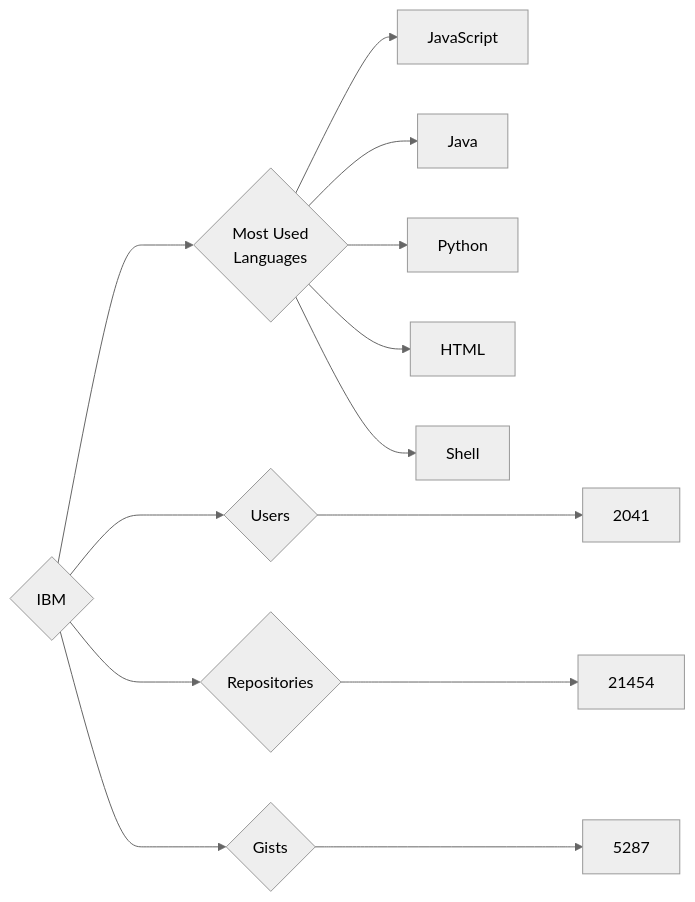
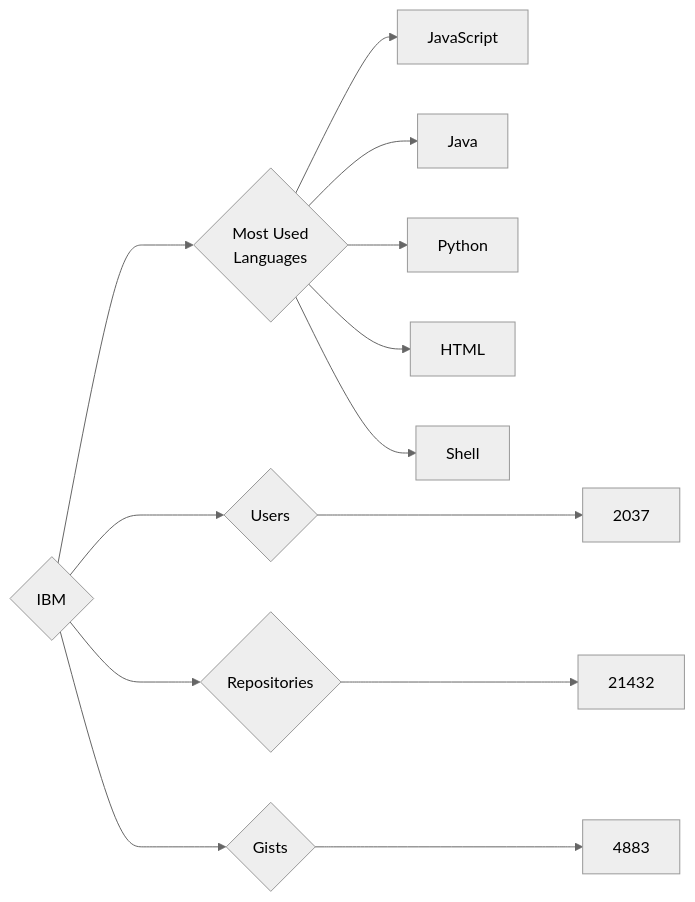
The diagram in targets/IBM/README.md (trickest/insiders), drawn with Mermaid (neutral theme) before and after one commit. The commit also changed 545 other files, not shown here.

````diff
--- a/targets/IBM/README.md
+++ b/targets/IBM/README.md
@@ -3,13 +3,13 @@
 ```mermaid
 graph LR
 COMPANY_NAME{IBM}
-COMPANY_NAME ---> U{Users} ---> UN[2041]
-COMPANY_NAME ---> R{Repositories} ---> RN[21454]
-COMPANY_NAME ---> G{Gists} ---> GN[5287]
+COMPANY_NAME ---> U{Users} ---> UN[2037]
+COMPANY_NAME ---> R{Repositories} ---> RN[21432]
+COMPANY_NAME ---> G{Gists} ---> GN[4883]
 COMPANY_NAME ---> ML{Most Used<br>Languages}
 ML --> JavaScript[JavaScript]
 ML --> Java[Java]
 ML --> Python[Python]
 ML --> HTML[HTML]
 ML --> Shell[Shell]
 ```
````
